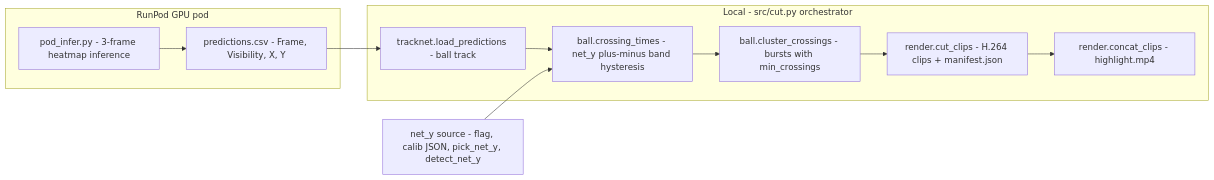
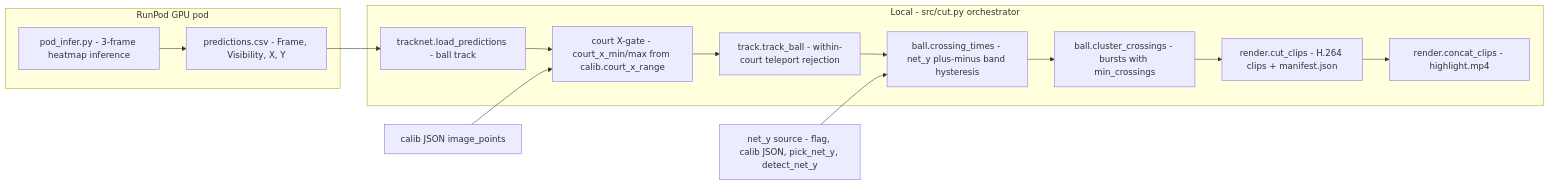
Before and after one commit to tonychu805/pic-vision: the diagram in openwiki/architecture/overview.md, drawn with Mermaid. The commit also changed other lines of this file and 8 other files, not shown here.

````diff
--- a/openwiki/architecture/overview.md
+++ b/openwiki/architecture/overview.md
@@ -43,14 +43,17 @@
 ```mermaid
 flowchart LR
     subgraph pod ["RunPod GPU pod"]
         A["pod_infer.py - 3-frame heatmap inference"] --> B["predictions.csv - Frame, Visibility, X, Y"]
     end
     subgraph local ["Local - src/cut.py orchestrator"]
         B --> C["tracknet.load_predictions - ball track"]
-        C --> D["ball.crossing_times - net_y plus-minus band hysteresis"]
+        C --> C2["court X-gate - court_x_min/max from calib.court_x_range"]
+        C2 --> C3["track.track_ball - within-court teleport rejection"]
+        C3 --> D["ball.crossing_times - net_y plus-minus band hysteresis"]
         D --> E["ball.cluster_crossings - bursts with min_crossings"]
         E --> F["render.cut_clips - H.264 clips + manifest.json"]
         F --> G["render.concat_clips - highlight.mp4"]
     end
     H["net_y source - flag, calib JSON, pick_net_y, detect_net_y"] --> D
+    I["calib JSON image_points"] --> C2
 ```
````
